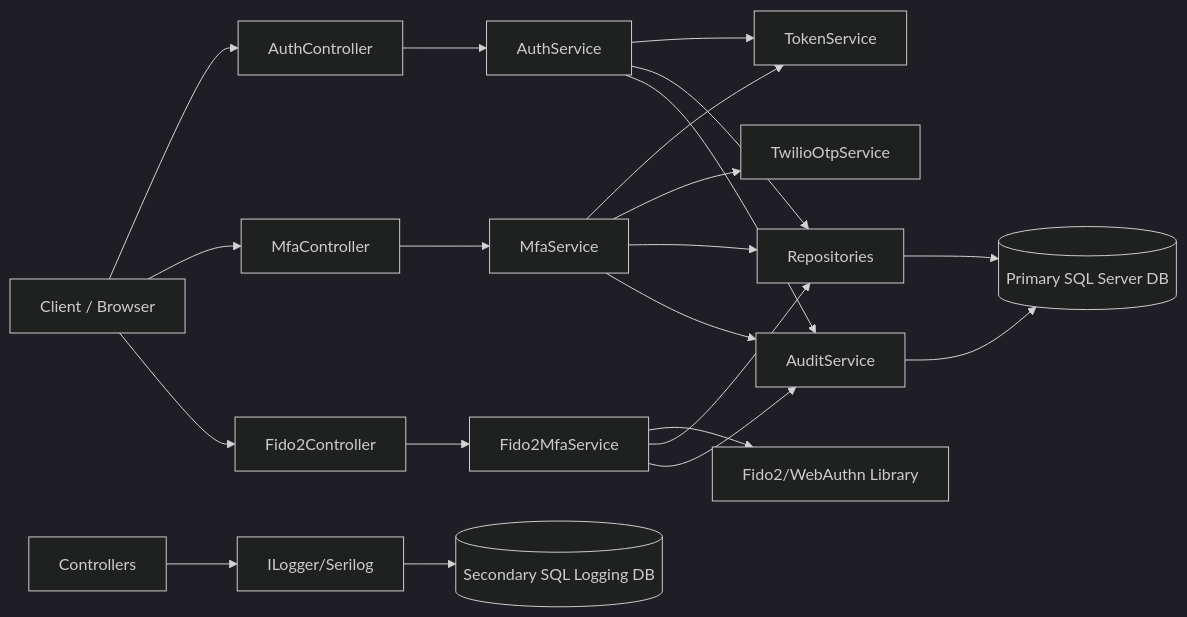
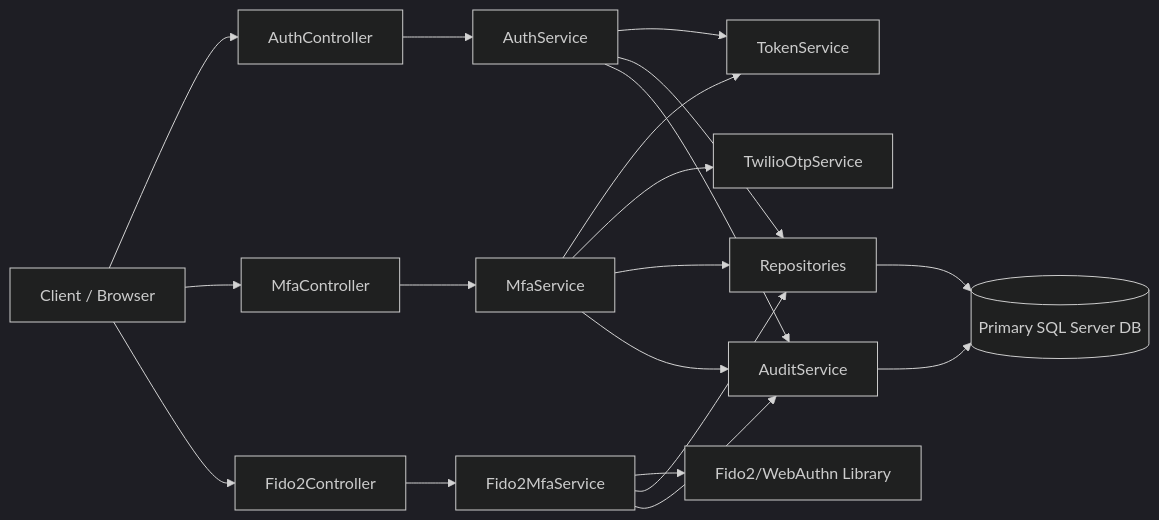
Before and after one commit to davidrosas0192-cmd/Authentication.MFA: the diagram in Docs/ARCHITECTURE.md, drawn with Mermaid (dark theme). The commit also changed other lines of this file and 8 other files, not shown here.

````diff
--- a/Docs/ARCHITECTURE.md
+++ b/Docs/ARCHITECTURE.md
@@ -9,28 +9,25 @@
 ```mermaid
 flowchart LR
     Client[Client / Browser] --> AuthController[AuthController]
     Client --> MfaController[MfaController]
     Client --> Fido2Controller[Fido2Controller]
 
     AuthController --> AuthService[AuthService]
     MfaController --> MfaService[MfaService]
     Fido2Controller --> Fido2MfaService[Fido2MfaService]
 
     AuthService --> TokenService[TokenService]
     MfaService --> TokenService
     MfaService --> TwilioService[TwilioOtpService]
     Fido2MfaService --> Fido2Lib[Fido2/WebAuthn Library]
 
     AuthService --> Repos[Repositories]
     MfaService --> Repos
     Fido2MfaService --> Repos
     Repos --> PrimaryDb[(Primary SQL Server DB)]
 
     AuthService --> AuditSvc[AuditService]
     MfaService --> AuditSvc
     Fido2MfaService --> AuditSvc
     AuditSvc --> PrimaryDb
-
-    Controllers[Controllers] --> Serilog[ILogger/Serilog]
-    Serilog --> LogDb[(Secondary SQL Logging DB)]
 ```
````
